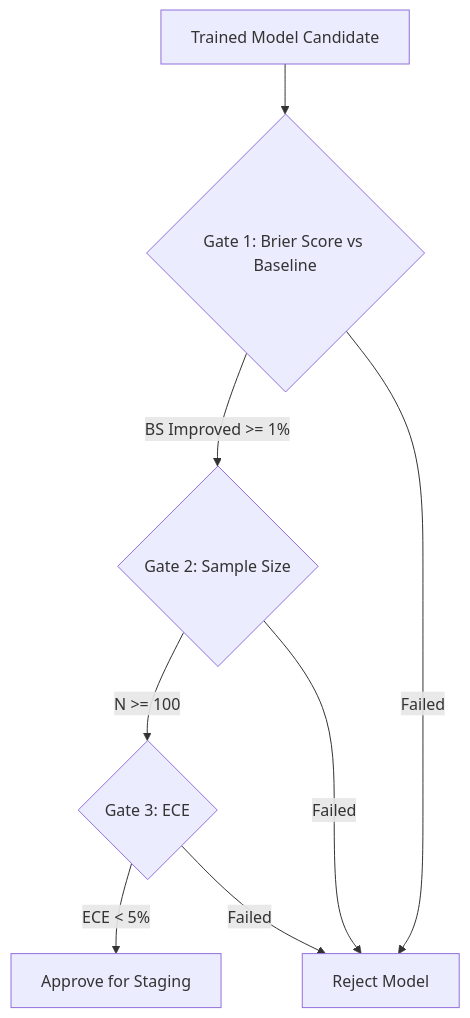
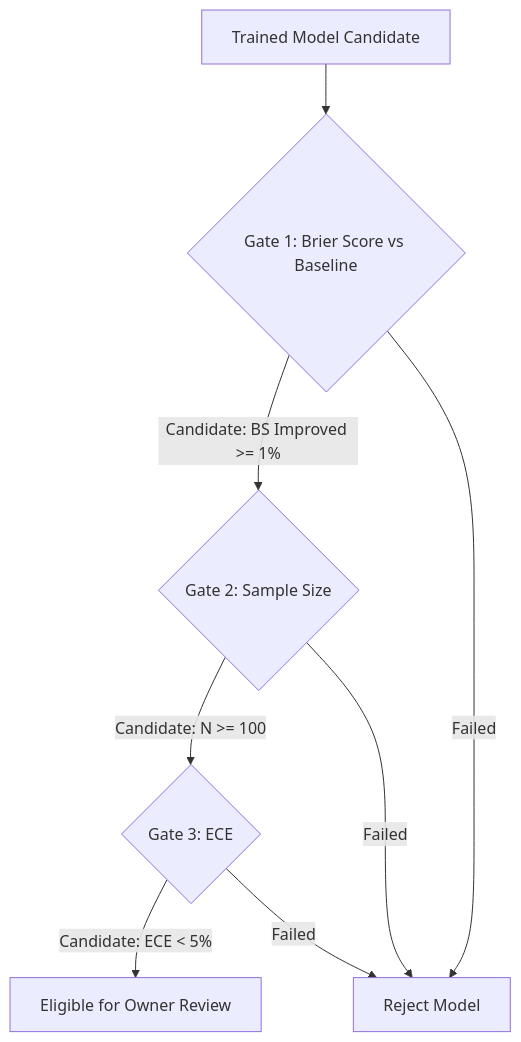
One commit to quylang88/miraichi changed the second of 2 diagrams in docs/data/phase-7-planning.md. Above: the diagram before and after it, drawn with Mermaid. The commit also changed other lines of this file and 6 other files, not shown here.

Commit message:
chore: update project plan, roadmap, and documentation to reflect the draft status of Phase 7 Real Data Provider, Dataset, and Evaluation Planning

````diff
--- a/docs/data/phase-7-planning.md
+++ b/docs/data/phase-7-planning.md
@@ -159,10 +165,10 @@
 ```mermaid
 graph TD
     Model[Trained Model Candidate] --> Gate1{Gate 1: Brier Score vs Baseline}
-    Gate1 -->|BS Improved >= 1%| Gate2{Gate 2: Sample Size}
+    Gate1 -->|Candidate: BS Improved >= 1%| Gate2{Gate 2: Sample Size}
     Gate1 -->|Failed| Reject[Reject Model]
-    Gate2 -->|N >= 100| Gate3{Gate 3: ECE}
+    Gate2 -->|Candidate: N >= 100| Gate3{Gate 3: ECE}
     Gate2 -->|Failed| Reject
-    Gate3 -->|ECE < 5%| Approve[Approve for Staging]
+    Gate3 -->|Candidate: ECE < 5%| Approve[Eligible for Owner Review]
     Gate3 -->|Failed| Reject
 ```
````
